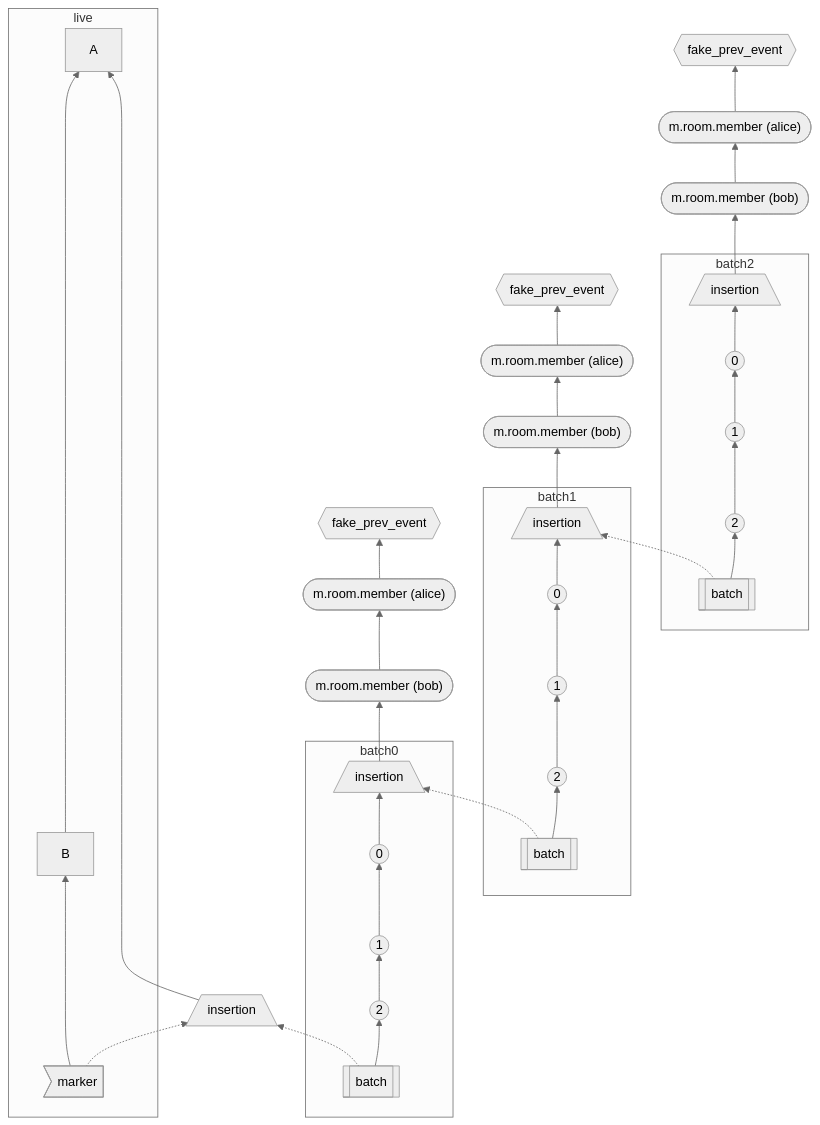
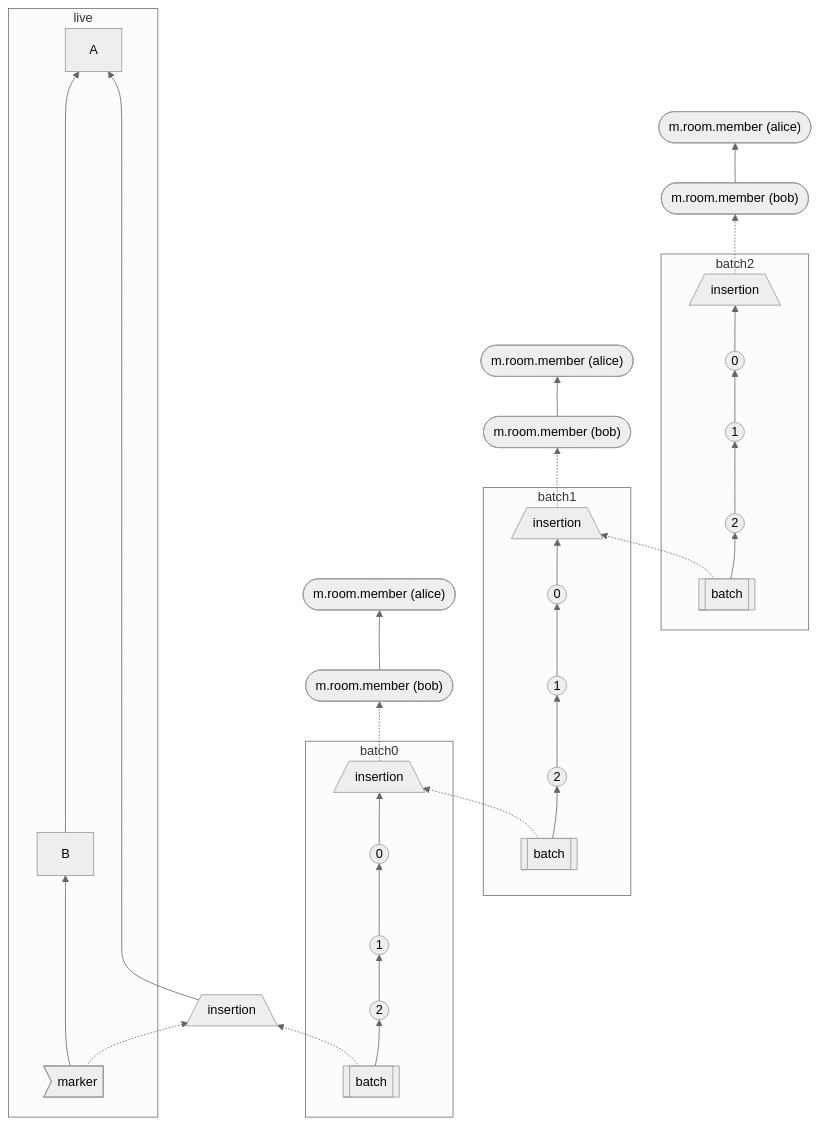
One commit to matrix-org/matrix-spec-proposals changed the fourth of 4 diagrams in proposals/2716-batch-send-historical-messages.md. Above: the diagram before and after it, drawn with Mermaid (neutral theme). The commit also changed other lines of this file, not shown here.

First line of the commit message:
Prefer empty prev_events=[] over fake prev_events

````diff
--- a/proposals/2716-batch-send-historical-messages.md
+++ b/proposals/2716-batch-send-historical-messages.md
@@ -527,29 +531,29 @@
 ```mermaid
 flowchart BT
     subgraph live
         marker1>"marker"] ----> B -----------------> A
     end
     
     subgraph batch0
         batch0-batch[["batch"]] --> batch0-2(("2")) --> batch0-1((1)) --> batch0-0((0)) --> batch0-insertion[/insertion\]
     end
 
     subgraph batch1
         batch1-batch[["batch"]] --> batch1-2(("2")) --> batch1-1((1)) --> batch1-0((0)) --> batch1-insertion[/insertion\]
     end
     
     subgraph batch2
         batch2-batch[["batch"]] --> batch2-2(("2")) --> batch2-1((1)) --> batch2-0((0)) --> batch2-insertion[/insertion\]
     end
 
 
-    batch0-insertion --> memberBob0(["m.room.member (bob)"]) --> memberAlice0(["m.room.member (alice)"]) --> fakePrevEvent0{{fake_prev_event}}
-    batch1-insertion --> memberBob1(["m.room.member (bob)"]) --> memberAlice1(["m.room.member (alice)"]) --> fakePrevEvent1{{fake_prev_event}}
-    batch2-insertion --> memberBob2(["m.room.member (bob)"]) --> memberAlice2(["m.room.member (alice)"]) --> fakePrevEvent2{{fake_prev_event}}
+    batch0-insertion -.-> memberBob0(["m.room.member (bob)"]) --> memberAlice0(["m.room.member (alice)"])
+    batch1-insertion -.-> memberBob1(["m.room.member (bob)"]) --> memberAlice1(["m.room.member (alice)"])
+    batch2-insertion -.-> memberBob2(["m.room.member (bob)"]) --> memberAlice2(["m.room.member (alice)"])
 
     marker1 -.-> batch0-insertionBase
     batch0-insertionBase[/insertion\] ---------------> A
     batch0-batch -.-> batch0-insertionBase[/insertion\]
     batch1-batch -.-> batch0-insertion
     batch2-batch -.-> batch1-insertion
 ```
````
